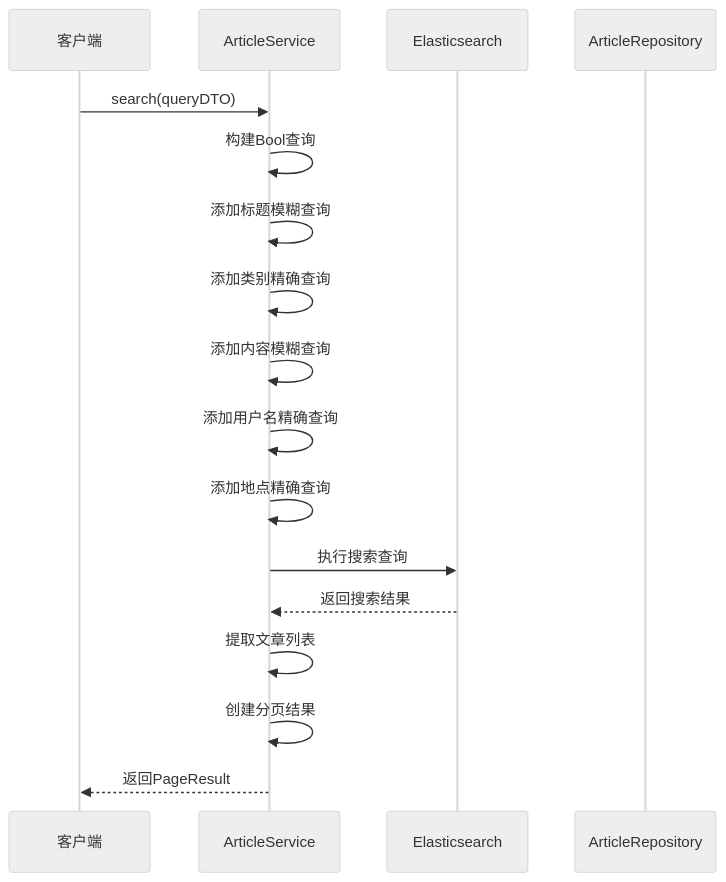
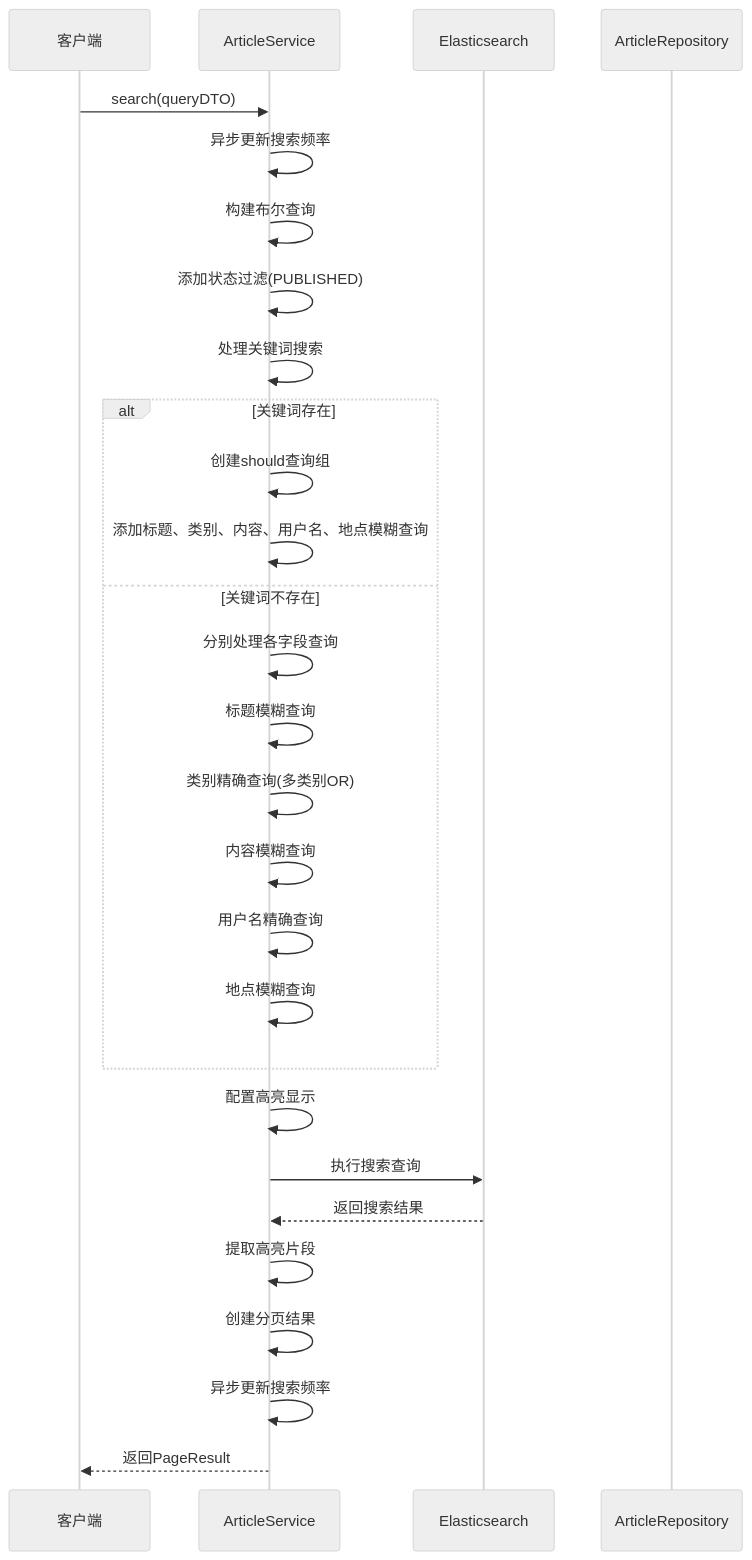
The sixth of 9 diagrams in .qoder/repowiki/zh/content/文章内容管理/文章服务层实现/文章服务层实现.md (20164206160/zhishilu), drawn with Mermaid (neutral theme) before and after one commit. The commit also changed other lines of this file and 28 other files, not shown here.

````diff
--- a/.qoder/repowiki/zh/content/文章内容管理/文章服务层实现/文章服务层实现.md
+++ b/.qoder/repowiki/zh/content/文章内容管理/文章服务层实现/文章服务层实现.md
@@ -283,19 +501,30 @@
 ```mermaid
 sequenceDiagram
 participant Client as 客户端
 participant Service as ArticleService
 participant ES as Elasticsearch
 participant Repo as ArticleRepository
 Client->>Service : search(queryDTO)
-Service->>Service : 构建Bool查询
-Service->>Service : 添加标题模糊查询
-Service->>Service : 添加类别精确查询
-Service->>Service : 添加内容模糊查询
-Service->>Service : 添加用户名精确查询
-Service->>Service : 添加地点精确查询
+Service->>Service : 异步更新搜索频率
+Service->>Service : 构建布尔查询
+Service->>Service : 添加状态过滤(PUBLISHED)
+Service->>Service : 处理关键词搜索
+alt 关键词存在
+Service->>Service : 创建should查询组
+Service->>Service : 添加标题、类别、内容、用户名、地点模糊查询
+else 关键词不存在
+Service->>Service : 分别处理各字段查询
+Service->>Service : 标题模糊查询
+Service->>Service : 类别精确查询(多类别OR)
+Service->>Service : 内容模糊查询
+Service->>Service : 用户名精确查询
+Service->>Service : 地点模糊查询
+end
+Service->>Service : 配置高亮显示
 Service->>ES : 执行搜索查询
 ES-->>Service : 返回搜索结果
-Service->>Service : 提取文章列表
+Service->>Service : 提取高亮片段
 Service->>Service : 创建分页结果
+Service->>Service : 异步更新搜索频率
 Service-->>Client : 返回PageResult
 ```
````
